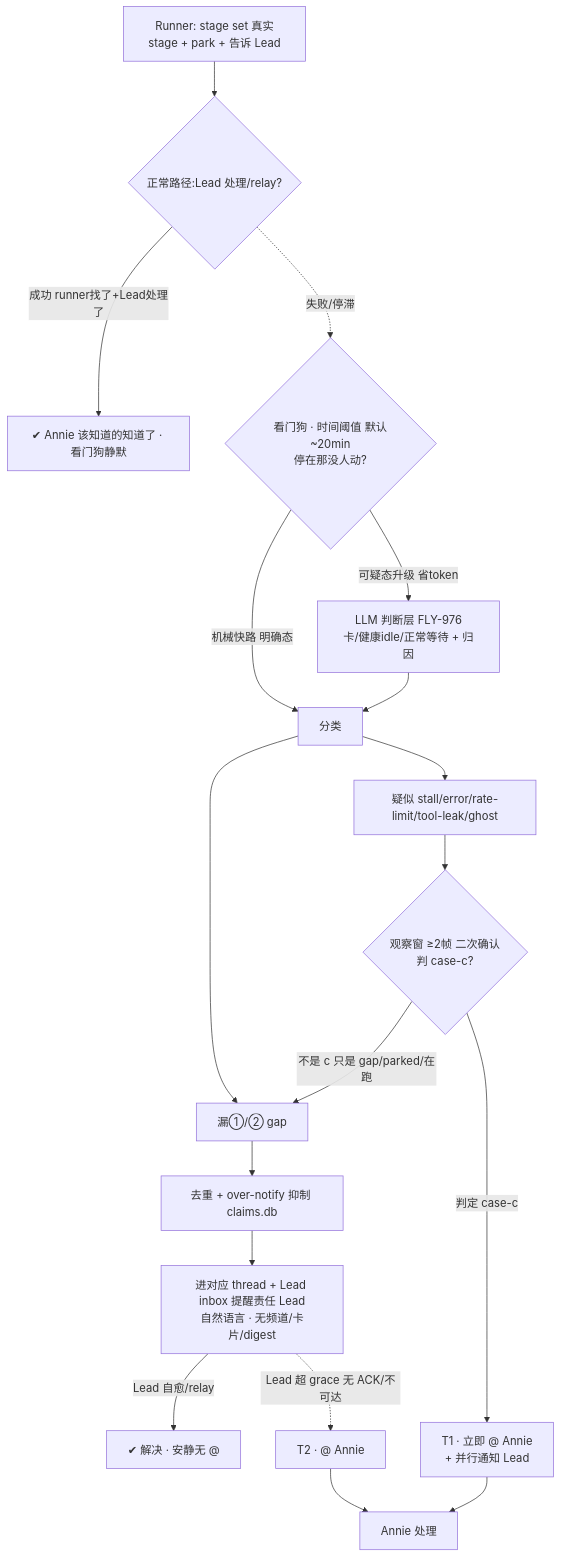
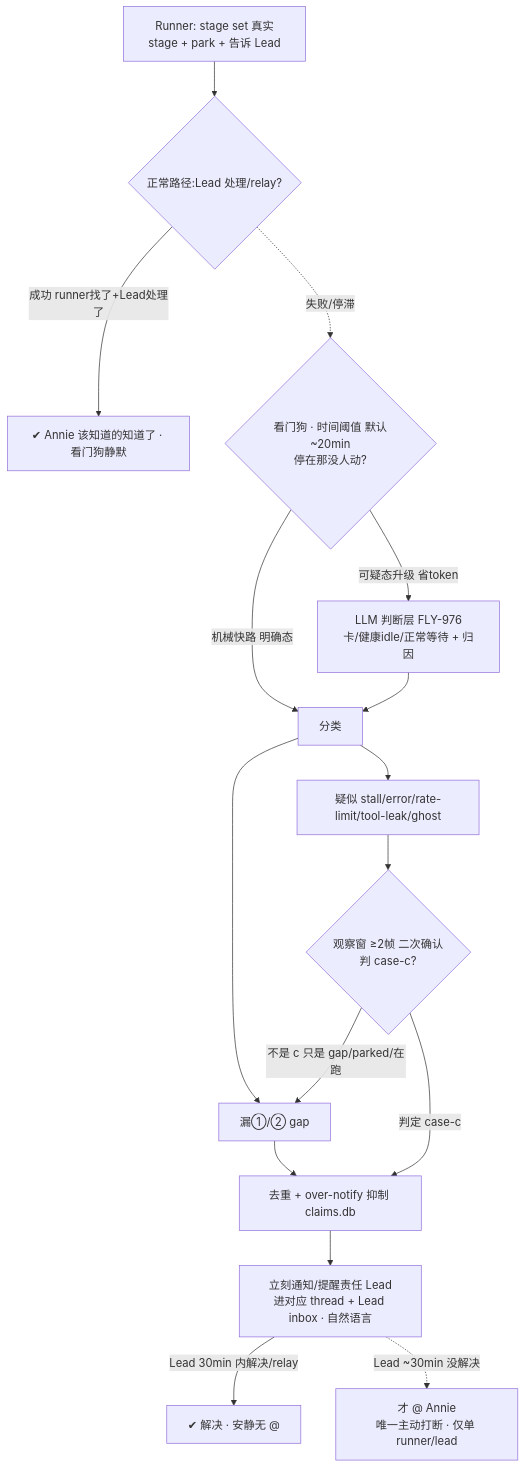
One commit to xrliAnnie/flywheel-qa-sandbox changed the first of 2 diagrams in product/doc/FLY-942-proactive-reporting/prd.md. Above: the diagram before and after it, drawn with Mermaid. The commit also changed other lines of this file, not shown here.

First line of the commit message:
docs(FLY-942): Annie-approved fold — unified Lead-first + ~30min escalation (overturns T1 immediate) + frame clarification

````diff
--- a/product/doc/FLY-942-proactive-reporting/prd.md
+++ b/product/doc/FLY-942-proactive-reporting/prd.md
@@ -34,20 +34,18 @@
 ```mermaid
 flowchart TD
   R[Runner: stage set 真实stage + park + 告诉 Lead] --> NP{正常路径:Lead 处理/relay?}
   NP -->|成功 runner找了+Lead处理了| OK[✔ Annie 该知道的知道了 · 看门狗静默]
   NP -. 失败/停滞 .-> WD{看门狗 · 时间阈值 默认~20min<br/>停在那没人动?}
   WD -->|机械快路 明确态| CLS[分类]
   WD -->|可疑态升级 省token| LLM[LLM 判断层 FLY-976<br/>卡/健康idle/正常等待 + 归因]
   LLM --> CLS
   CLS --> G12[漏①/② gap]
   CLS --> G3[疑似 stall/error/rate-limit/tool-leak/ghost]
   G3 --> OW{观察窗 ≥2帧 二次确认<br/>判 case-c?}
   OW -->|不是 c 只是 gap/parked/在跑| G12
-  OW -->|判定 case-c| T1[T1 · 立即 @ Annie<br/>+ 并行通知 Lead]
+  OW -->|判定 case-c| DEDUP
   G12 --> DEDUP[去重 + over-notify 抑制 claims.db]
-  DEDUP --> THREAD[进对应 thread + Lead inbox 提醒责任 Lead<br/>自然语言 · 无频道/卡片/digest]
-  THREAD -->|Lead 自愈/relay| DONE2[✔ 解决 · 安静无 @]
-  THREAD -. Lead 超 grace 无 ACK/不可达 .-> T2[T2 · @ Annie]
-  T1 --> ANNIE[Annie 处理]
-  T2 --> ANNIE
+  DEDUP --> LEADNOTE[立刻通知/提醒责任 Lead<br/>进对应 thread + Lead inbox · 自然语言]
+  LEADNOTE -->|Lead 30min 内解决/relay| DONE2[✔ 解决 · 安静无 @]
+  LEADNOTE -. Lead ~30min 没解决 .-> ANNIE[才 @ Annie<br/>唯一主动打断 · 仅单 runner/lead]
 ```
````
